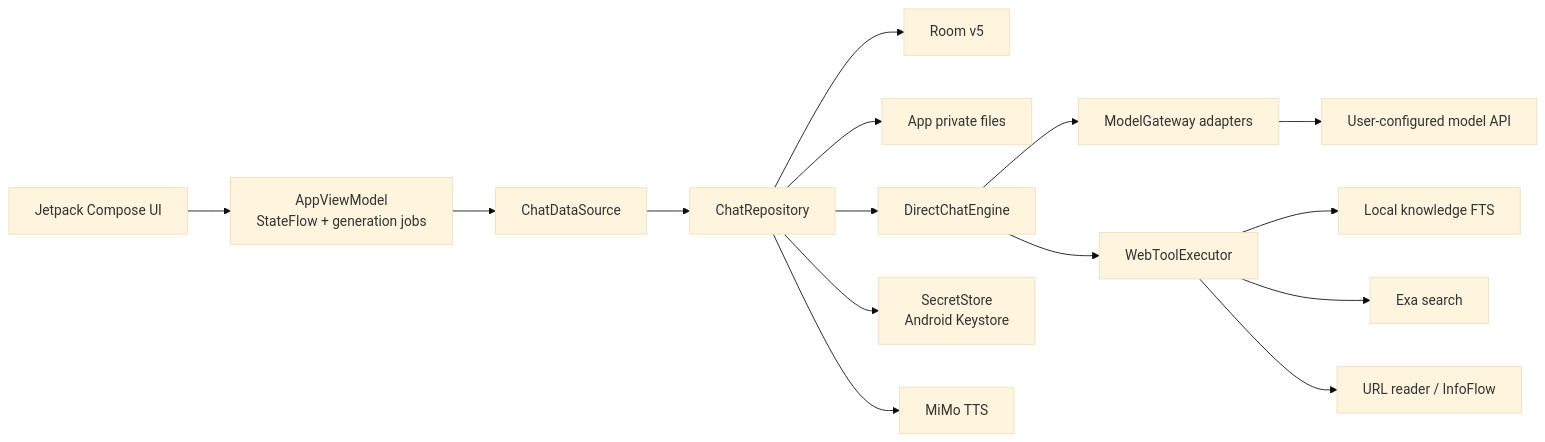
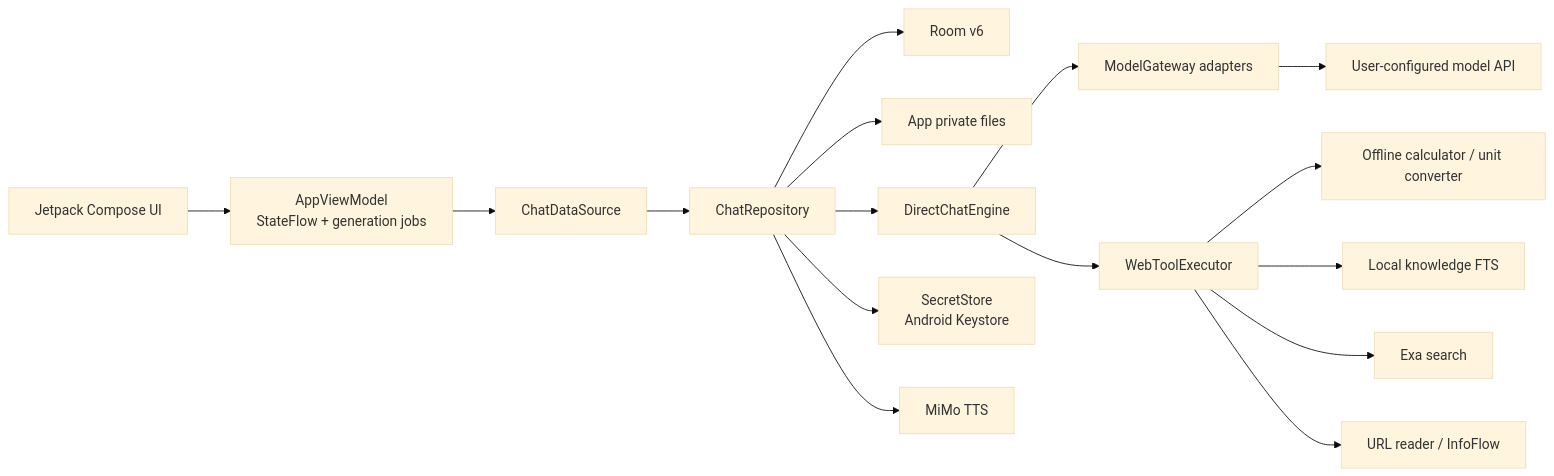
Before and after one commit to mekwenby/TokenFlowApp: the diagram in docs/ARCHITECTURE.md, drawn with Mermaid (base theme). The commit also changed other lines of this file and 30 other files, not shown here.

````diff
--- a/docs/ARCHITECTURE.md
+++ b/docs/ARCHITECTURE.md
@@ -7,17 +7,18 @@
 ```mermaid
 flowchart LR
     UI["Jetpack Compose UI"] --> VM["AppViewModel\nStateFlow + generation jobs"]
     VM --> DS["ChatDataSource"]
     DS --> Repo["ChatRepository"]
-    Repo --> DB["Room v5"]
+    Repo --> DB["Room v6"]
     Repo --> Files["App private files"]
     Repo --> Engine["DirectChatEngine"]
     Engine --> Gateway["ModelGateway adapters"]
     Gateway --> Provider["User-configured model API"]
     Engine --> Tools["WebToolExecutor"]
+    Tools --> Offline["Offline calculator / unit converter"]
     Tools --> KB["Local knowledge FTS"]
     Tools --> Exa["Exa search"]
     Tools --> Reader["URL reader / InfoFlow"]
     Repo --> Secrets["SecretStore\nAndroid Keystore"]
     Repo --> TTS["MiMo TTS"]
 ```
````
